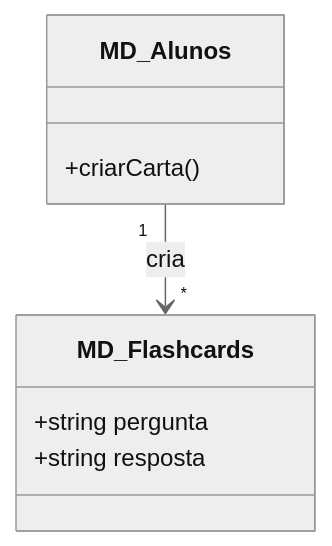
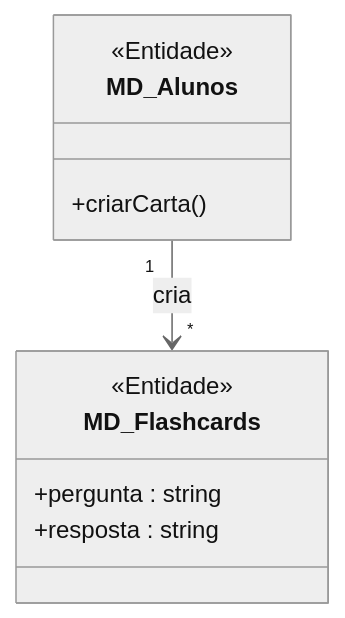
The first of 2 diagrams in PIM_III/02_Modelagem_UML_Astah/UC10_Criar_Flashcards/README.md (MayconDIS/PIM_III-Documentacao_UML), drawn with Mermaid (neutral theme) before and after one commit. The commit also changed other lines of this file and 17 other files, not shown here.

````diff
--- a/PIM_III/02_Modelagem_UML_Astah/UC10_Criar_Flashcards/README.md
+++ b/PIM_III/02_Modelagem_UML_Astah/UC10_Criar_Flashcards/README.md
@@ -31,11 +29,13 @@
 ```mermaid
 classDiagram
     class MD_Alunos {
+        <<Entidade>>
         +criarCarta()
     }
     class MD_Flashcards {
-        +string pergunta
-        +string resposta
+        <<Entidade>>
+        +pergunta : string
+        +resposta : string
     }
     MD_Alunos "1" --> "*" MD_Flashcards : cria
 ```
````
